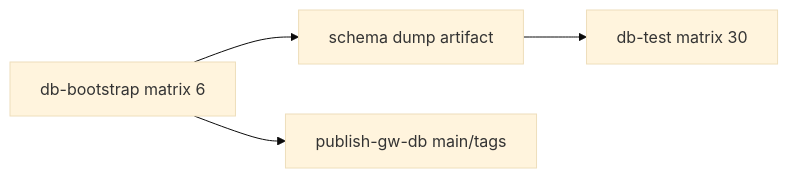
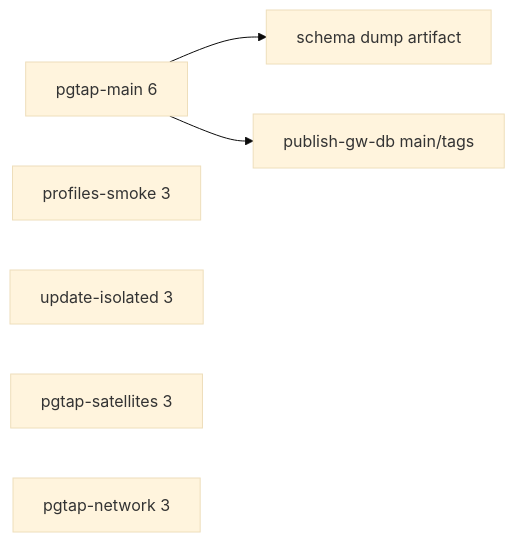
The fourth of 4 diagrams in dbmodel/README.md (Giswater/giswater_qgis_plugin), drawn with Mermaid (base theme) before and after one commit. The commit also changed other lines of this file and 16 other files, not shown here.

````diff
--- a/dbmodel/README.md
+++ b/dbmodel/README.md
@@ -361,6 +375,9 @@
 ```mermaid
 flowchart LR
-  BS[db-bootstrap matrix 6] --> Art[schema dump artifact]
-  Art --> DT[db-test matrix 30]
-  BS --> Pub[publish-gw-db main/tags]
+  PM[pgtap-main 6] --> Art[schema dump artifact]
+  PS[profiles-smoke 3]
+  UI[update-isolated 3]
+  SAT[pgtap-satellites 3]
+  NET[pgtap-network 3]
+  PM --> Pub[publish-gw-db main/tags]
 ```
````
